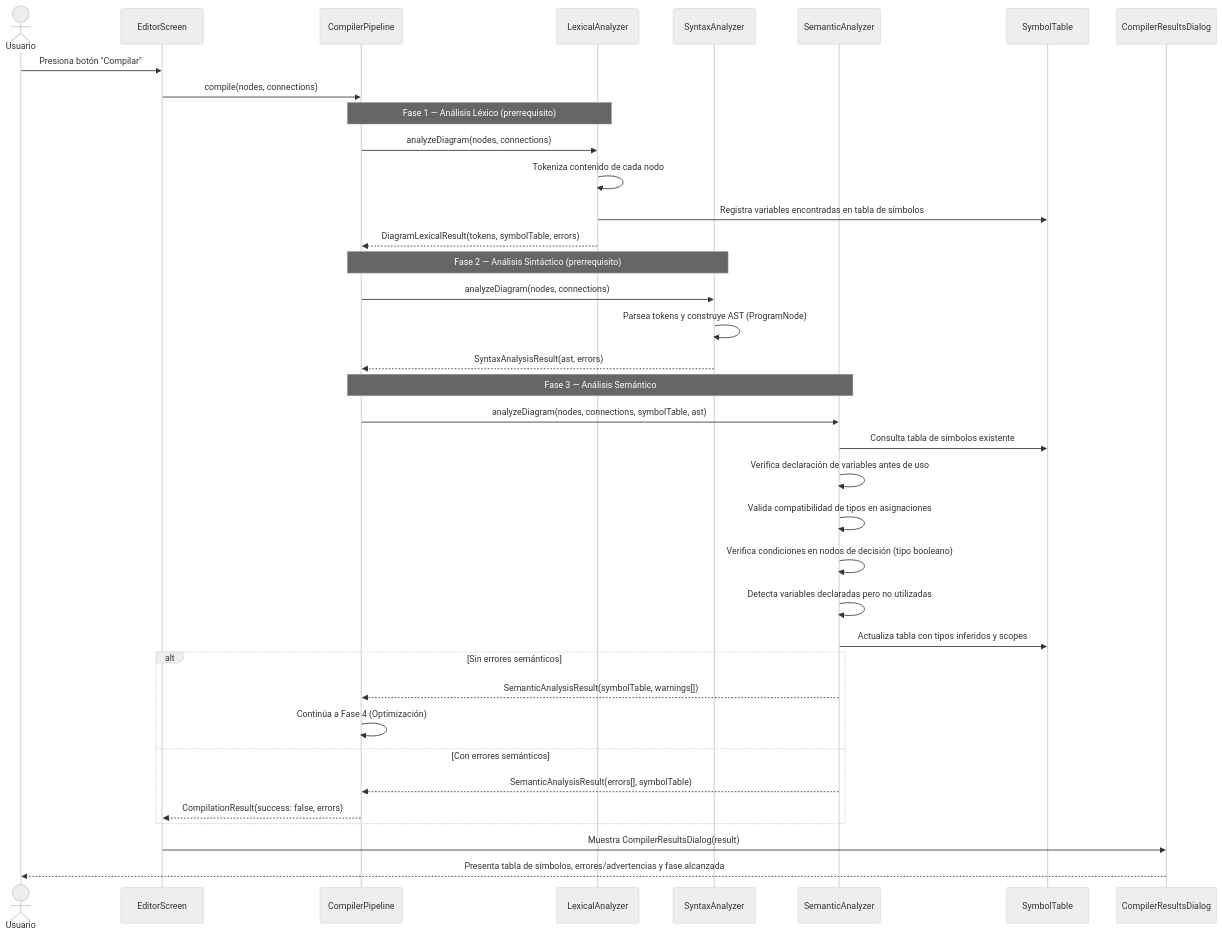
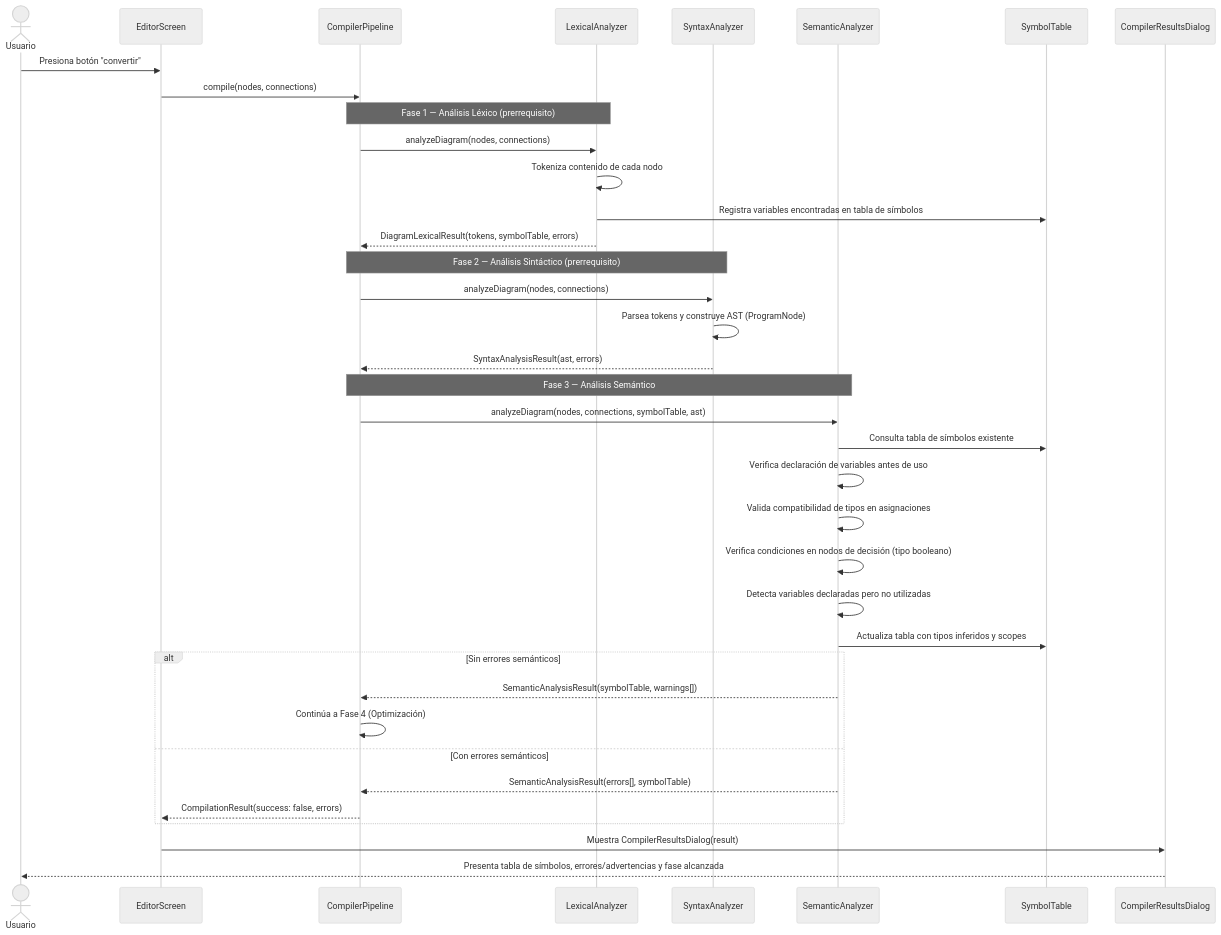
The fifth of 10 diagrams in flowdiagramapp/docs/ciclo_1/diagramas_secuencia.md (GUSTAVOIVANGQ/Trabajo-Terminal), drawn with Mermaid before and after one commit. The commit also changed other lines of this file and 59 other files, not shown here.

````diff
--- a/flowdiagramapp/docs/ciclo_1/diagramas_secuencia.md
+++ b/flowdiagramapp/docs/ciclo_1/diagramas_secuencia.md
@@ -260,47 +260,47 @@
 ```mermaid
 %%{init: {'theme': 'neutral'}}%%
 sequenceDiagram
     actor Usuario
     participant ES as EditorScreen
     participant CP as CompilerPipeline
     participant LA as LexicalAnalyzer
     participant SA as SyntaxAnalyzer
     participant SemA as SemanticAnalyzer
     participant ST as SymbolTable
     participant CRD as CompilerResultsDialog
 
-    Usuario->>ES: Presiona botón "Compilar"
+    Usuario->>ES: Presiona botón "convertir"
     ES->>CP: compile(nodes, connections)
 
     Note over CP,LA: Fase 1 — Análisis Léxico (prerrequisito)
     CP->>LA: analyzeDiagram(nodes, connections)
     LA->>LA: Tokeniza contenido de cada nodo
     LA->>ST: Registra variables encontradas en tabla de símbolos
     LA-->>CP: DiagramLexicalResult(tokens, symbolTable, errors)
 
     Note over CP,SA: Fase 2 — Análisis Sintáctico (prerrequisito)
     CP->>SA: analyzeDiagram(nodes, connections)
     SA->>SA: Parsea tokens y construye AST (ProgramNode)
     SA-->>CP: SyntaxAnalysisResult(ast, errors)
 
     Note over CP,SemA: Fase 3 — Análisis Semántico
     CP->>SemA: analyzeDiagram(nodes, connections, symbolTable, ast)
 
     SemA->>ST: Consulta tabla de símbolos existente
     SemA->>SemA: Verifica declaración de variables antes de uso
     SemA->>SemA: Valida compatibilidad de tipos en asignaciones
     SemA->>SemA: Verifica condiciones en nodos de decisión (tipo booleano)
     SemA->>SemA: Detecta variables declaradas pero no utilizadas
     SemA->>ST: Actualiza tabla con tipos inferidos y scopes
 
     alt Sin errores semánticos
         SemA-->>CP: SemanticAnalysisResult(symbolTable, warnings[])
         CP->>CP: Continúa a Fase 4 (Optimización)
     else Con errores semánticos
         SemA-->>CP: SemanticAnalysisResult(errors[], symbolTable)
         CP-->>ES: CompilationResult(success: false, errors)
     end
 
     ES->>CRD: Muestra CompilerResultsDialog(result)
     CRD-->>Usuario: Presenta tabla de símbolos, errores/advertencias y fase alcanzada
 ```
````
